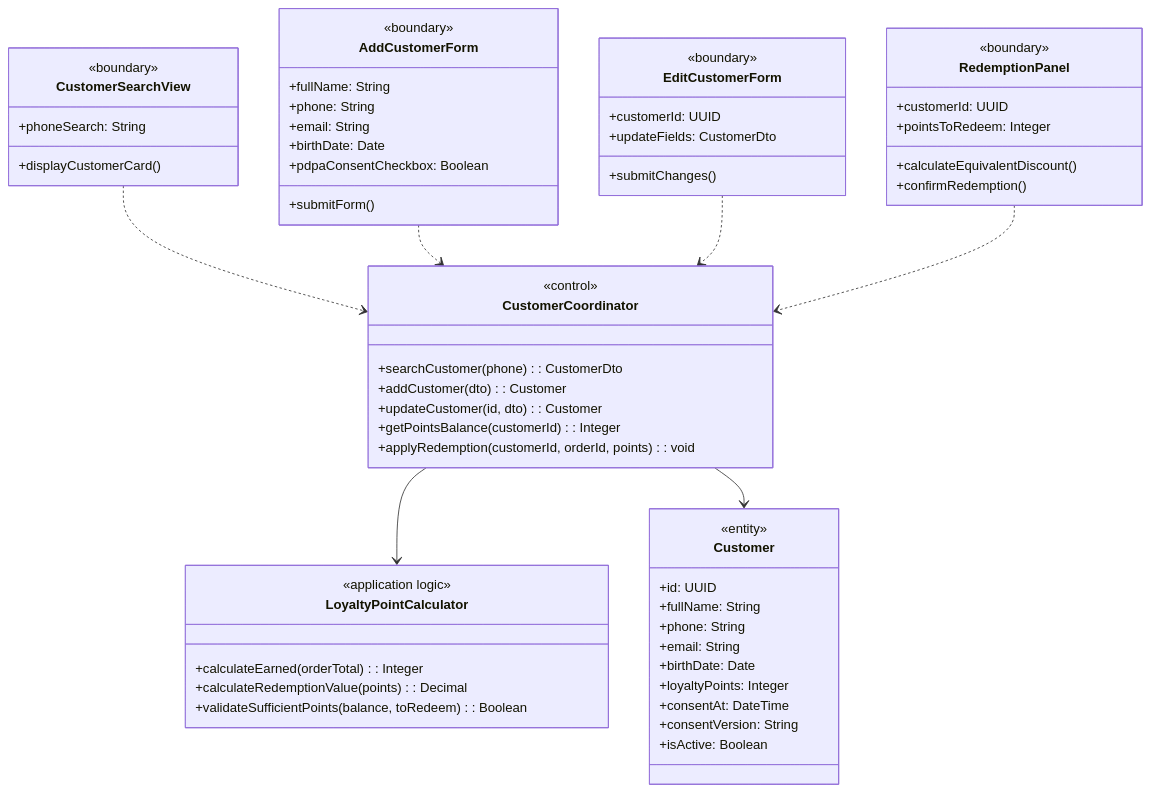
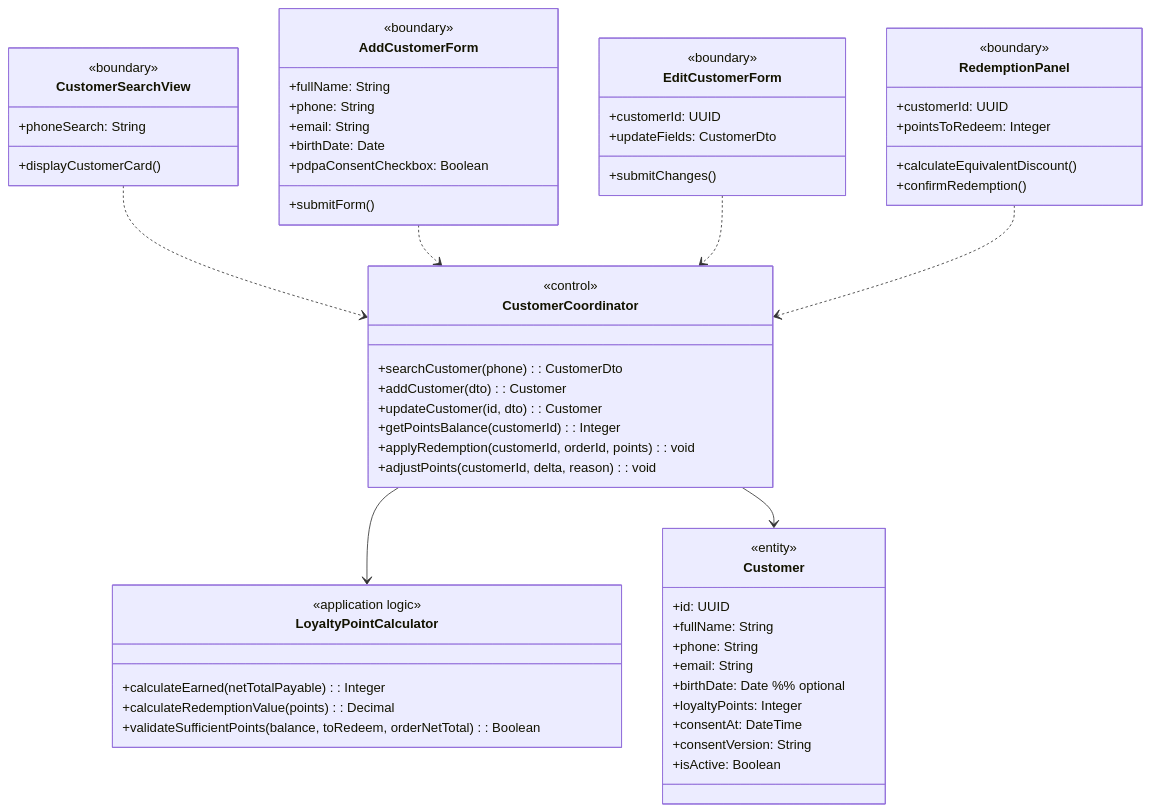
The first of 4 diagrams in docs/rds_sections/08_detailed_3_5_customer_membership.md (Shaichi/khoga_cafe), drawn with Mermaid before and after one commit. The commit also changed other lines of this file and 22 other files, not shown here.

````diff
--- a/docs/rds_sections/08_detailed_3_5_customer_membership.md
+++ b/docs/rds_sections/08_detailed_3_5_customer_membership.md
@@ -9,63 +9,64 @@
 ```mermaid
 classDiagram
     class CustomerSearchView {
         <<boundary>>
         +phoneSearch: String
         +displayCustomerCard()
     }
     class AddCustomerForm {
         <<boundary>>
         +fullName: String
         +phone: String
         +email: String
         +birthDate: Date
         +pdpaConsentCheckbox: Boolean
         +submitForm()
     }
     class EditCustomerForm {
         <<boundary>>
         +customerId: UUID
         +updateFields: CustomerDto
         +submitChanges()
     }
     class RedemptionPanel {
         <<boundary>>
         +customerId: UUID
         +pointsToRedeem: Integer
         +calculateEquivalentDiscount()
         +confirmRedemption()
     }
     class CustomerCoordinator {
         <<control>>
         +searchCustomer(phone): CustomerDto
         +addCustomer(dto): Customer
         +updateCustomer(id, dto): Customer
         +getPointsBalance(customerId): Integer
         +applyRedemption(customerId, orderId, points): void
+        +adjustPoints(customerId, delta, reason): void
     }
     class LoyaltyPointCalculator {
         <<application logic>>
-        +calculateEarned(orderTotal): Integer
+        +calculateEarned(netTotalPayable): Integer
         +calculateRedemptionValue(points): Decimal
-        +validateSufficientPoints(balance, toRedeem): Boolean
+        +validateSufficientPoints(balance, toRedeem, orderNetTotal): Boolean
     }
     class Customer {
         <<entity>>
         +id: UUID
         +fullName: String
         +phone: String
         +email: String
-        +birthDate: Date
+        +birthDate: Date %% optional
         +loyaltyPoints: Integer
         +consentAt: DateTime
         +consentVersion: String
         +isActive: Boolean
     }
 
     CustomerSearchView ..> CustomerCoordinator
     AddCustomerForm ..> CustomerCoordinator
     EditCustomerForm ..> CustomerCoordinator
     RedemptionPanel ..> CustomerCoordinator
     CustomerCoordinator --> LoyaltyPointCalculator
     CustomerCoordinator --> Customer
 ```
````
